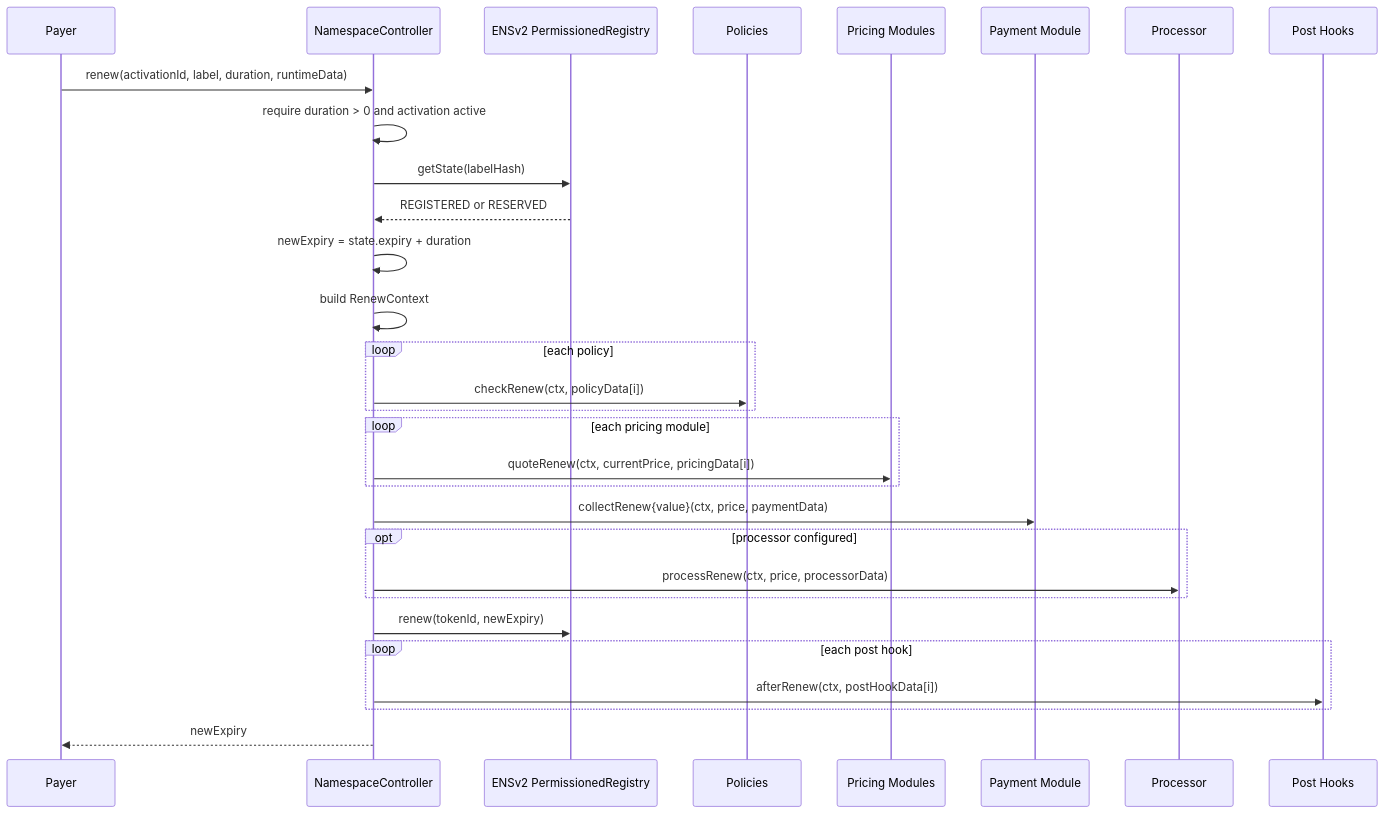
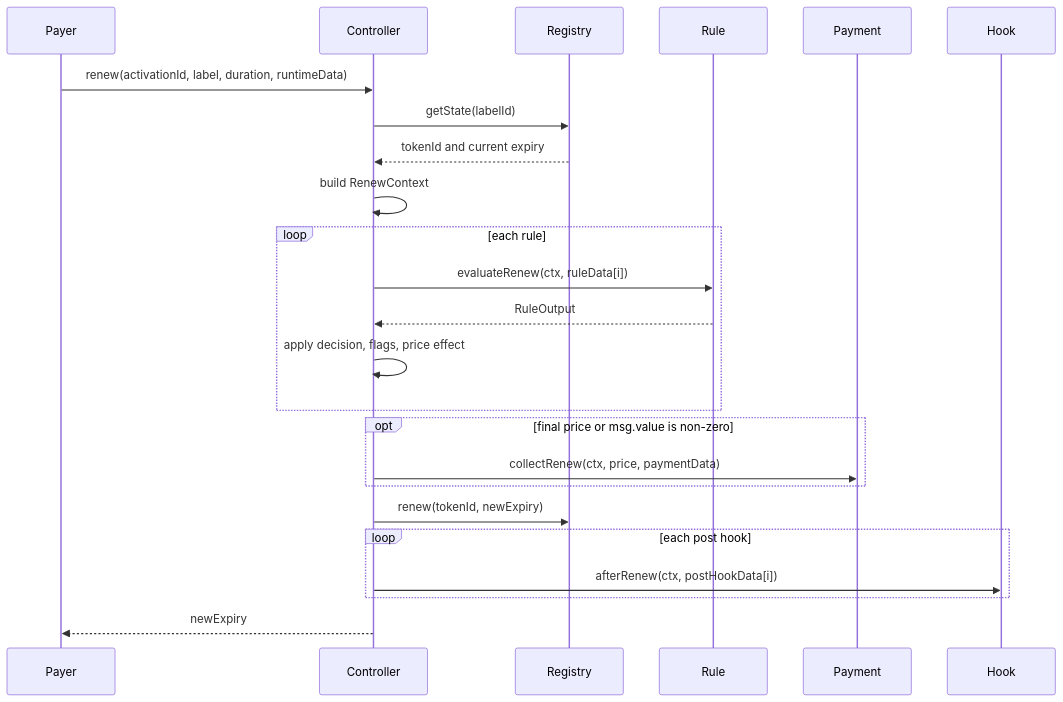
The second of 2 diagrams in docs/03-mint-and-renewal-flow.md (envoy1084/namespace-contracts-v2), drawn with Mermaid before and after one commit. The commit also changed other lines of this file and 54 other files, not shown here.

Commit message:
refactor: remove legacy policy pricing modules

````diff
--- a/docs/03-mint-and-renewal-flow.md
+++ b/docs/03-mint-and-renewal-flow.md
@@ -85,33 +69,27 @@
 ```mermaid
 sequenceDiagram
     participant Payer
-    participant Controller as NamespaceController
-    participant Registry as ENSv2 PermissionedRegistry
-    participant Policy as Policies
-    participant Pricing as Pricing Modules
-    participant Payment as Payment Module
-    participant Processor as Processor
-    participant Hook as Post Hooks
+    participant Controller
+    participant Registry
+    participant Rule
+    participant Payment
+    participant Hook
 
     Payer->>Controller: renew(activationId, label, duration, runtimeData)
-    Controller->>Controller: require duration > 0 and activation active
-    Controller->>Registry: getState(labelHash)
-    Registry-->>Controller: REGISTERED or RESERVED
-    Controller->>Controller: newExpiry = state.expiry + duration
+    Controller->>Registry: getState(labelId)
+    Registry-->>Controller: tokenId and current expiry
     Controller->>Controller: build RenewContext
-    loop each policy
-        Controller->>Policy: checkRenew(ctx, policyData[i])
+    loop each rule
+        Controller->>Rule: evaluateRenew(ctx, ruleData[i])
+        Rule-->>Controller: RuleOutput
+        Controller->>Controller: apply decision, flags, price effect
     end
-    loop each pricing module
-        Controller->>Pricing: quoteRenew(ctx, currentPrice, pricingData[i])
-    end
-    Controller->>Payment: collectRenew{value}(ctx, price, paymentData)
-    opt processor configured
-        Controller->>Processor: processRenew(ctx, price, processorData)
+    opt final price or msg.value is non-zero
+        Controller->>Payment: collectRenew(ctx, price, paymentData)
     end
     Controller->>Registry: renew(tokenId, newExpiry)
     loop each post hook
         Controller->>Hook: afterRenew(ctx, postHookData[i])
     end
     Controller-->>Payer: newExpiry
 ```
````
